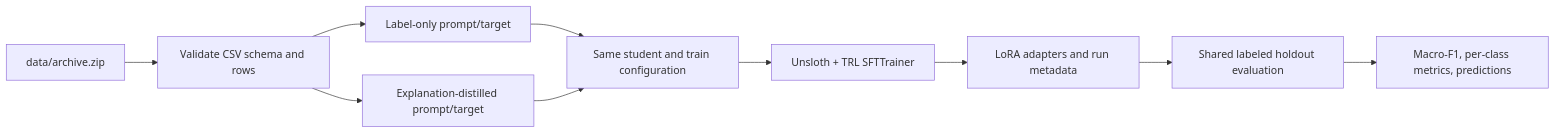
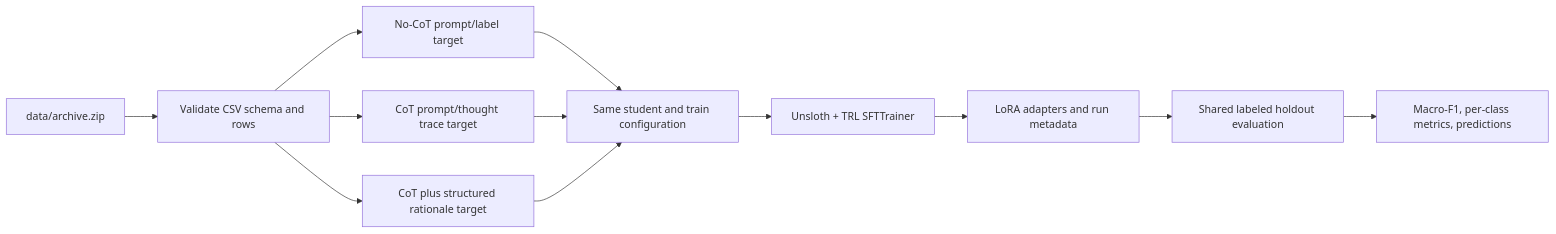
Before and after one commit to quyen244/Vi-ExToxic: the first of 2 diagrams in docs/phase4-plan.md, drawn with Mermaid. The commit also changed other lines of this file and 19 other files, not shown here.

````diff
--- a/docs/phase4-plan.md
+++ b/docs/phase4-plan.md
@@ -26,12 +26,14 @@
 ```mermaid
 flowchart LR
     A[data/archive.zip] --> B[Validate CSV schema and rows]
-    B --> C[Label-only prompt/target]
-    B --> D[Explanation-distilled prompt/target]
+    B --> C[No-CoT prompt/label target]
+    B --> D[CoT prompt/thought trace target]
+    B --> J[CoT plus structured rationale target]
     C --> E[Same student and train configuration]
     D --> E
+    J --> E
     E --> F[Unsloth + TRL SFTTrainer]
     F --> G[LoRA adapters and run metadata]
     G --> H[Shared labeled holdout evaluation]
     H --> I[Macro-F1, per-class metrics, predictions]
 ```
````
